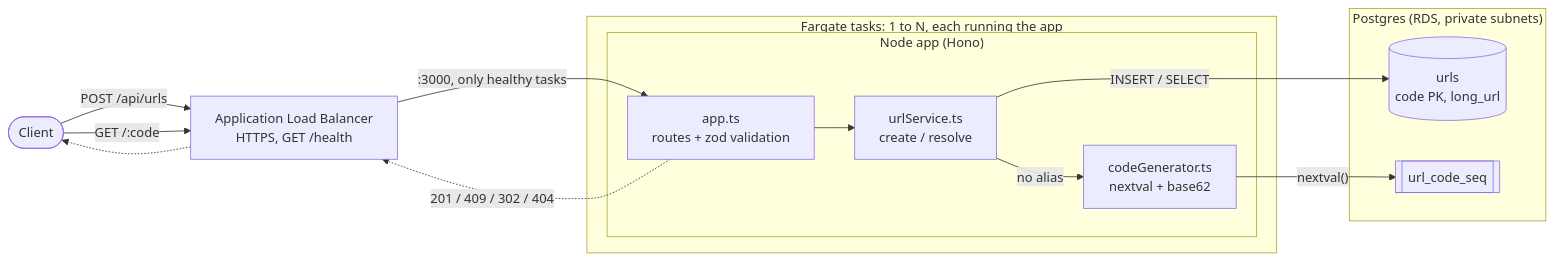
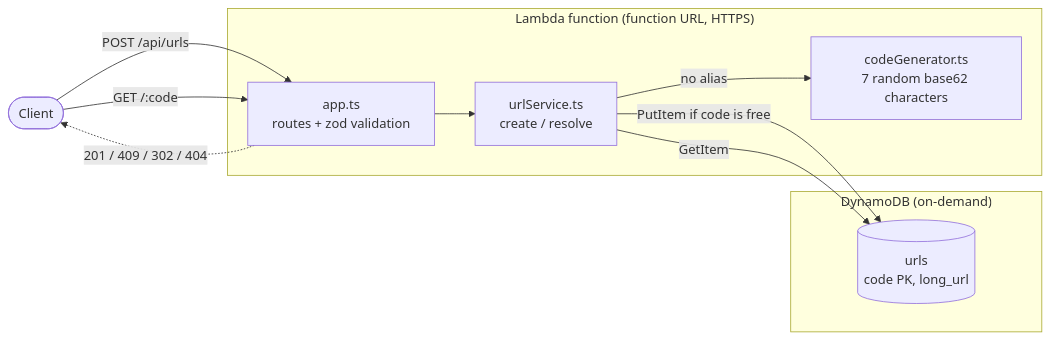
Before and after one commit to curiousdirection/url-shortener: the diagram in README.md, drawn with Mermaid. The commit also changed other lines of this file and 6 other files, not shown here.

First line of the commit message:
Docs: ADR 0006 and rewrite for Lambda and DynamoDB

````diff
--- a/README.md
+++ b/README.md
@@ -7,29 +7,23 @@
 ```mermaid
 flowchart LR
     client([Client])
-    alb["Application Load Balancer<br/>HTTPS, GET /health"]
 
-    subgraph app["Fargate tasks: 1 to N, each running the app"]
-        subgraph node["Node app (Hono)"]
-            routes["app.ts<br/>routes + zod validation"]
-            service["urlService.ts<br/>create / resolve"]
-            gen["codeGenerator.ts<br/>nextval + base62"]
-            routes --> service
-            service -->|"no alias"| gen
-        end
+    subgraph lambda["Lambda function (function URL, HTTPS)"]
+        routes["app.ts<br/>routes + zod validation"]
+        service["urlService.ts<br/>create / resolve"]
+        gen["codeGenerator.ts<br/>7 random base62 characters"]
+        routes --> service
+        service -->|"no alias"| gen
     end
 
-    subgraph pg["Postgres (RDS, private subnets)"]
+    subgraph ddb["DynamoDB (on-demand)"]
         urls[("urls<br/>code PK, long_url")]
-        seq[["url_code_seq"]]
     end
 
-    client -->|"POST /api/urls"| alb
-    client -->|"GET /:code"| alb
-    alb -->|":3000, only healthy tasks"| routes
-    routes -.->|"201 / 409 / 302 / 404"| alb
-    alb -.-> client
+    client -->|"POST /api/urls"| routes
+    client -->|"GET /:code"| routes
+    routes -.->|"201 / 409 / 302 / 404"| client
 
-    service -->|"INSERT / SELECT"| urls
-    gen -->|"nextval()"| seq
+    service -->|"PutItem if code is free"| urls
+    service -->|"GetItem"| urls
 ```
````
